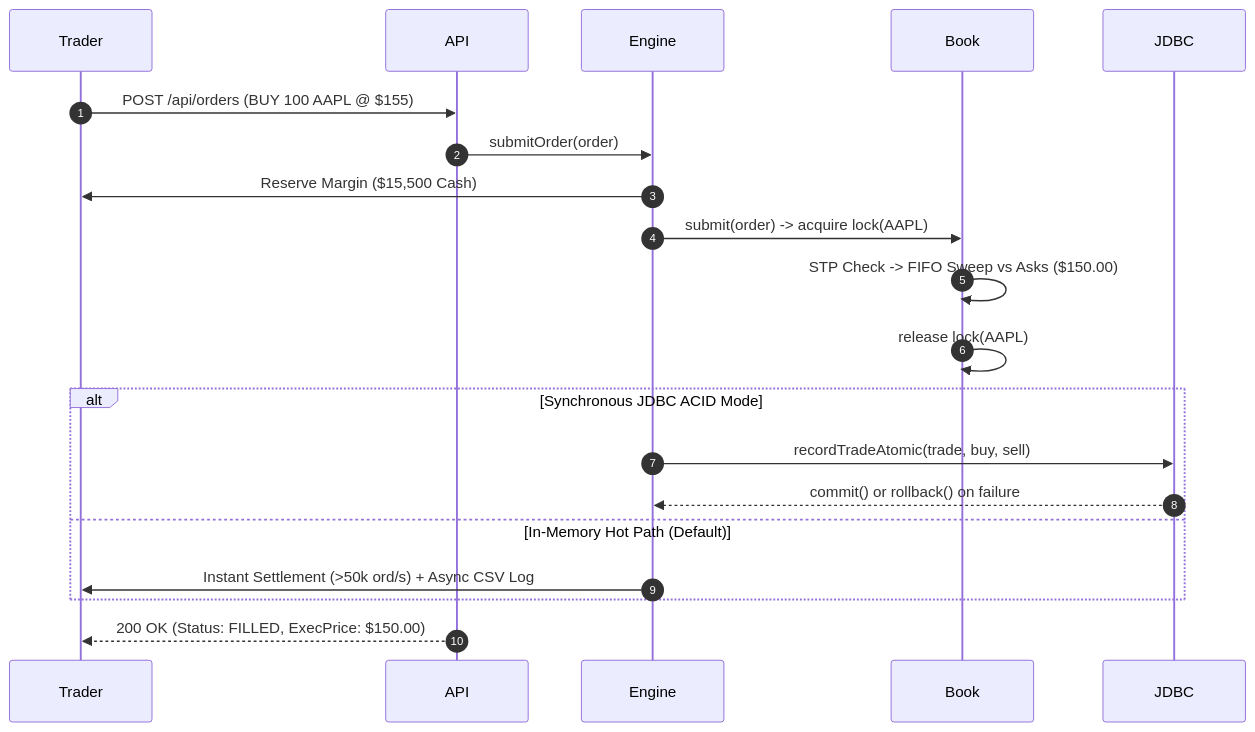
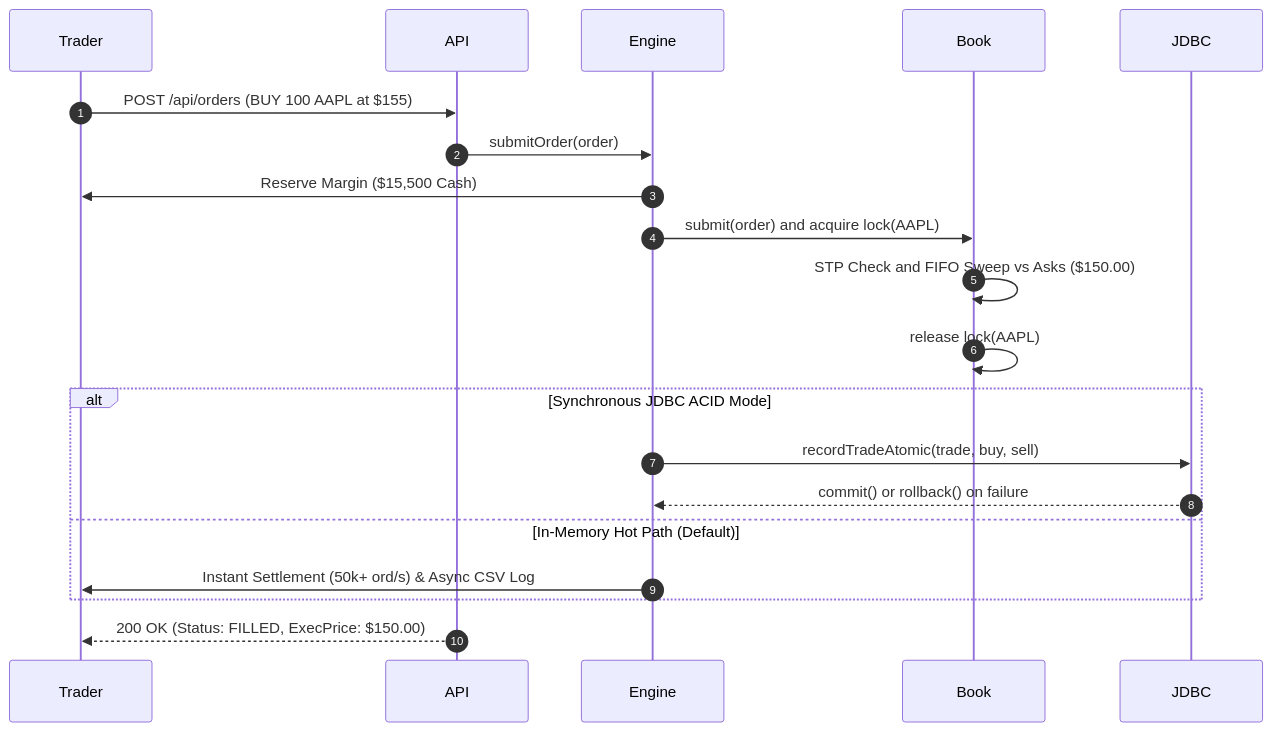
Before and after one commit to mansi25bai11449-uni/Market-Pulse: the second of 3 diagrams in README.md, drawn with Mermaid. The commit also changed other lines of this file, not shown here.

Commit message:
Fix Mermaid flowchart, sequence and ER diagram rendering in README.md

````diff
--- a/README.md
+++ b/README.md
@@ -71,17 +71,17 @@
 ```mermaid
 sequenceDiagram
     autonumber
-    Trader->>API: POST /api/orders (BUY 100 AAPL @ $155)
+    Trader->>API: POST /api/orders (BUY 100 AAPL at $155)
     API->>Engine: submitOrder(order)
     Engine->>Trader: Reserve Margin ($15,500 Cash)
-    Engine->>Book: submit(order) -> acquire lock(AAPL)
-    Book->>Book: STP Check -> FIFO Sweep vs Asks ($150.00)
+    Engine->>Book: submit(order) and acquire lock(AAPL)
+    Book->>Book: STP Check and FIFO Sweep vs Asks ($150.00)
     Book->>Book: release lock(AAPL)
     alt Synchronous JDBC ACID Mode
         Engine->>JDBC: recordTradeAtomic(trade, buy, sell)
         JDBC-->>Engine: commit() or rollback() on failure
     else In-Memory Hot Path (Default)
-        Engine->>Trader: Instant Settlement (>50k ord/s) + Async CSV Log
+        Engine->>Trader: Instant Settlement (50k+ ord/s) & Async CSV Log
     end
     API-->>Trader: 200 OK (Status: FILLED, ExecPrice: $150.00)
 ```
````
